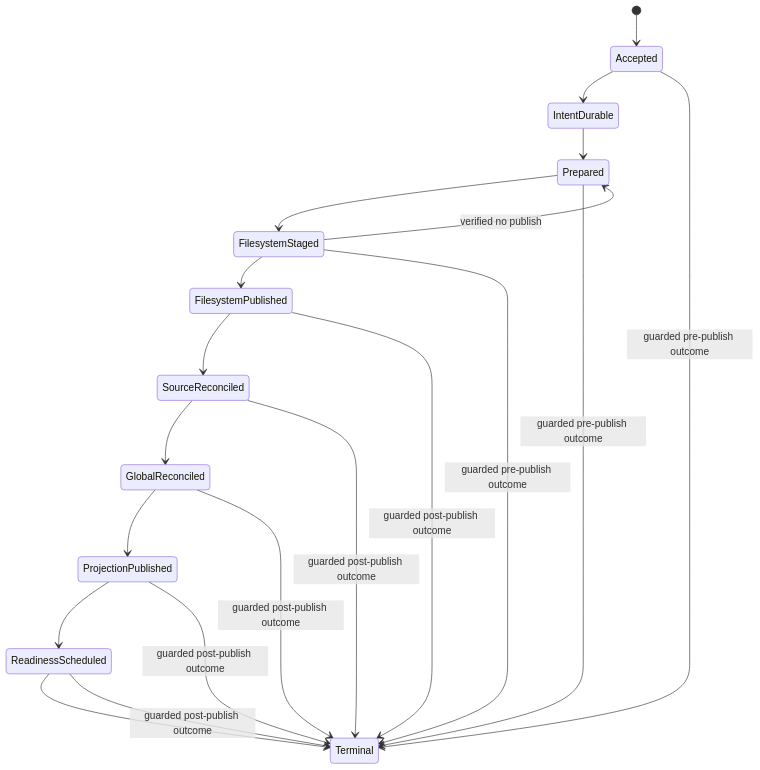
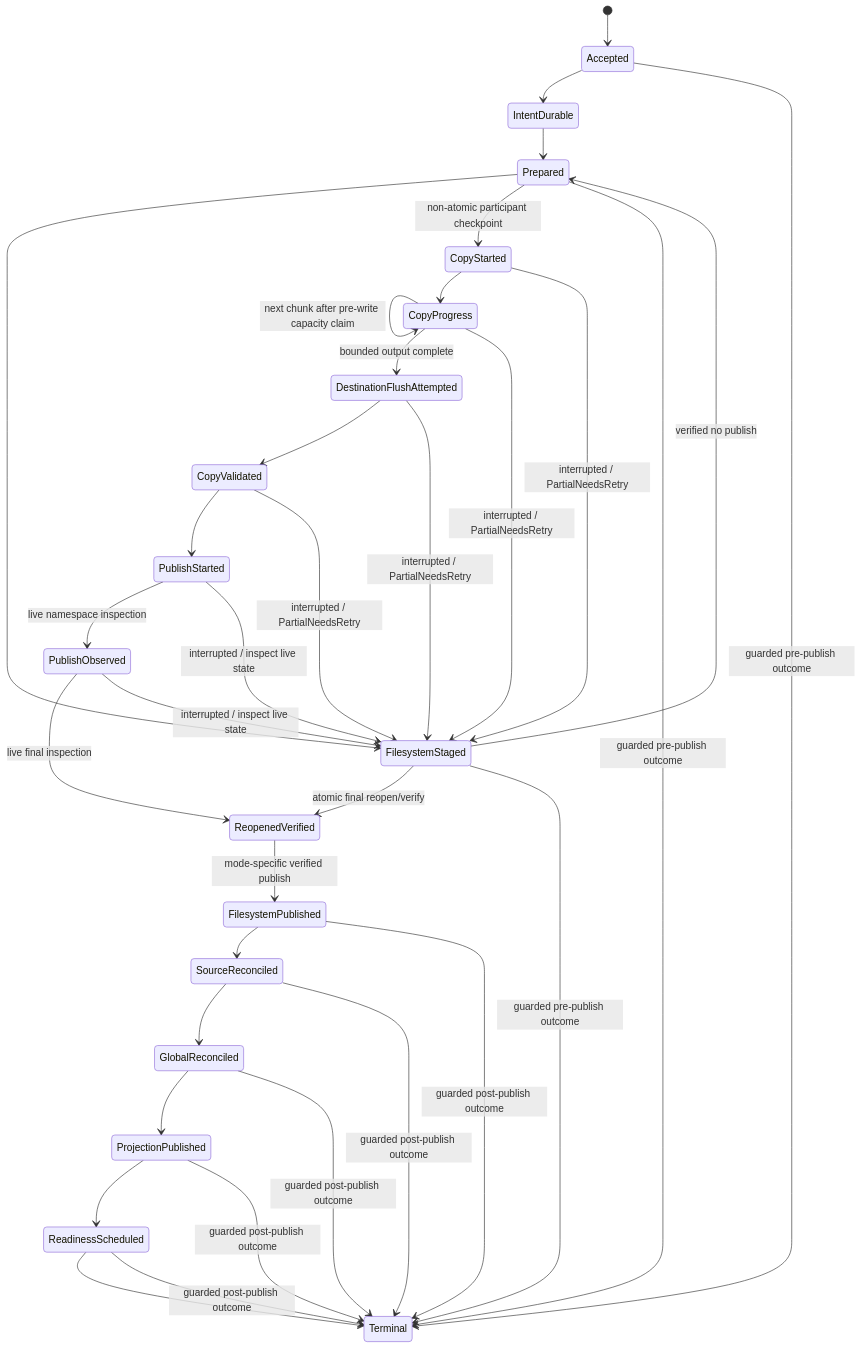
The diagram in docs/IO_ARCHITECTURE_TARGET.md (PORTALSURFER/sempal), drawn with Mermaid before and after one commit. The commit also changed other lines of this file, not shown here.

Commit message:
docs: bound io recovery capacity and fallback phases

````diff
--- a/docs/IO_ARCHITECTURE_TARGET.md
+++ b/docs/IO_ARCHITECTURE_TARGET.md
@@ -388,22 +427,37 @@
 ```mermaid
 stateDiagram-v2
     [*] --> Accepted
     Accepted --> IntentDurable
     IntentDurable --> Prepared
     Prepared --> FilesystemStaged
-    FilesystemStaged --> FilesystemPublished
+    FilesystemStaged --> ReopenedVerified : atomic final reopen/verify
+    Prepared --> CopyStarted : non-atomic participant checkpoint
+    CopyStarted --> CopyProgress
+    CopyProgress --> CopyProgress : next chunk after pre-write capacity claim
+    CopyProgress --> DestinationFlushAttempted : bounded output complete
+    DestinationFlushAttempted --> CopyValidated
+    CopyValidated --> PublishStarted
+    PublishStarted --> PublishObserved : live namespace inspection
+    PublishObserved --> ReopenedVerified : live final inspection
+    CopyStarted --> FilesystemStaged : interrupted / PartialNeedsRetry
+    CopyProgress --> FilesystemStaged : interrupted / PartialNeedsRetry
+    DestinationFlushAttempted --> FilesystemStaged : interrupted / PartialNeedsRetry
+    CopyValidated --> FilesystemStaged : interrupted / PartialNeedsRetry
+    PublishStarted --> FilesystemStaged : interrupted / inspect live state
+    PublishObserved --> FilesystemStaged : interrupted / inspect live state
+    ReopenedVerified --> FilesystemPublished : mode-specific verified publish
     FilesystemStaged --> Prepared : verified no publish
     FilesystemPublished --> SourceReconciled
     SourceReconciled --> GlobalReconciled
     GlobalReconciled --> ProjectionPublished
     ProjectionPublished --> ReadinessScheduled
     ReadinessScheduled --> Terminal
     Accepted --> Terminal : guarded pre-publish outcome
     Prepared --> Terminal : guarded pre-publish outcome
     FilesystemStaged --> Terminal : guarded pre-publish outcome
     FilesystemPublished --> Terminal : guarded post-publish outcome
     SourceReconciled --> Terminal : guarded post-publish outcome
     GlobalReconciled --> Terminal : guarded post-publish outcome
     ProjectionPublished --> Terminal : guarded post-publish outcome
     ReadinessScheduled --> Terminal : guarded post-publish outcome
 ```
````
